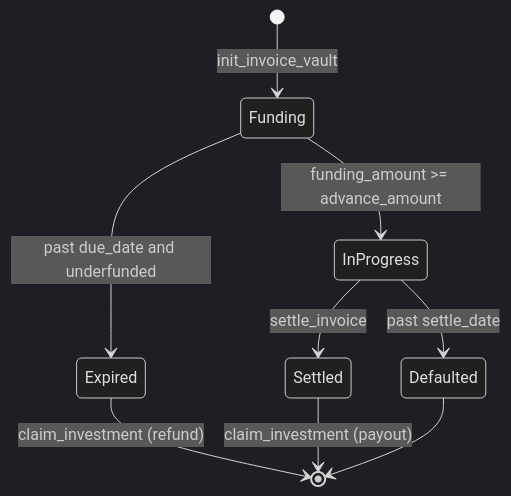
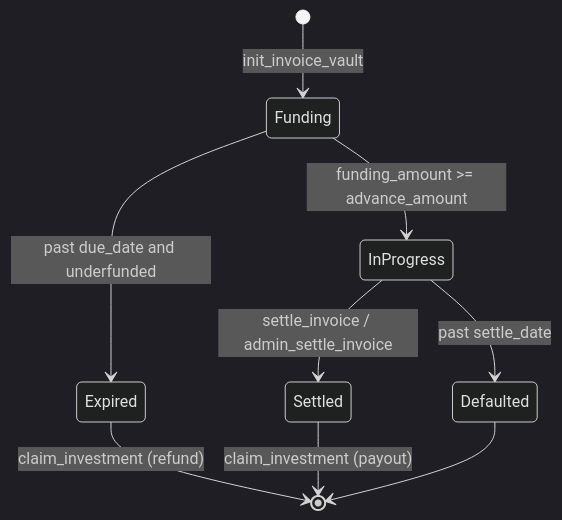
Before and after one commit to jhintux/factorize: the first of 7 diagrams in README.md, drawn with Mermaid (dark theme). The commit also changed other lines of this file and 84 other files, not shown here.

````diff
--- a/README.md
+++ b/README.md
@@ -29,11 +29,11 @@
 ```mermaid
 stateDiagram-v2
     [*] --> Funding: init_invoice_vault
     Funding --> InProgress: funding_amount >= advance_amount
     Funding --> Expired: past due_date and underfunded
-    InProgress --> Settled: settle_invoice
+    InProgress --> Settled: settle_invoice / admin_settle_invoice
     InProgress --> Defaulted: past settle_date
     Expired --> [*]: claim_investment (refund)
     Settled --> [*]: claim_investment (payout)
     Defaulted --> [*]
 ```
````
